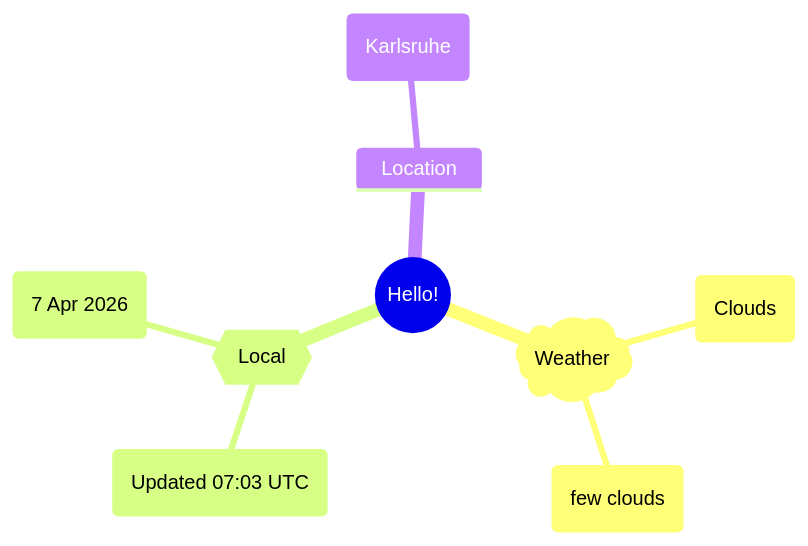
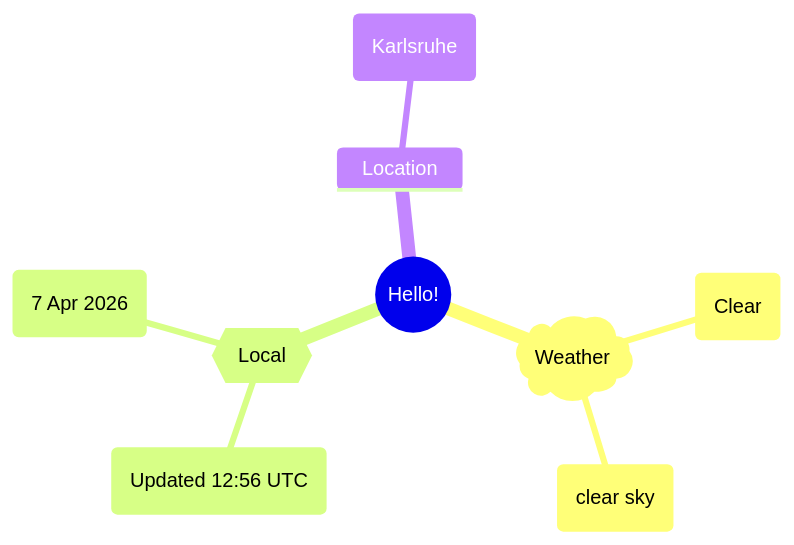
Before and after one commit to Xosrov/Xosrov: the first of 2 diagrams in README.md, drawn with Mermaid.

Commit message:
[bot] updated images

````diff
--- a/README.md
+++ b/README.md
@@ -3,12 +3,12 @@
 ```mermaid
 mindmap
   root((Hello!))
     )Weather(
-        (Clouds)
-        (few clouds)
+        (Clear)
+        (clear sky)
     {{Local}}
-        (Updated 07:03 UTC)
+        (Updated 12:56 UTC)
         (7 Apr 2026)
     Location
         (Karlsruhe)
 ```
````
